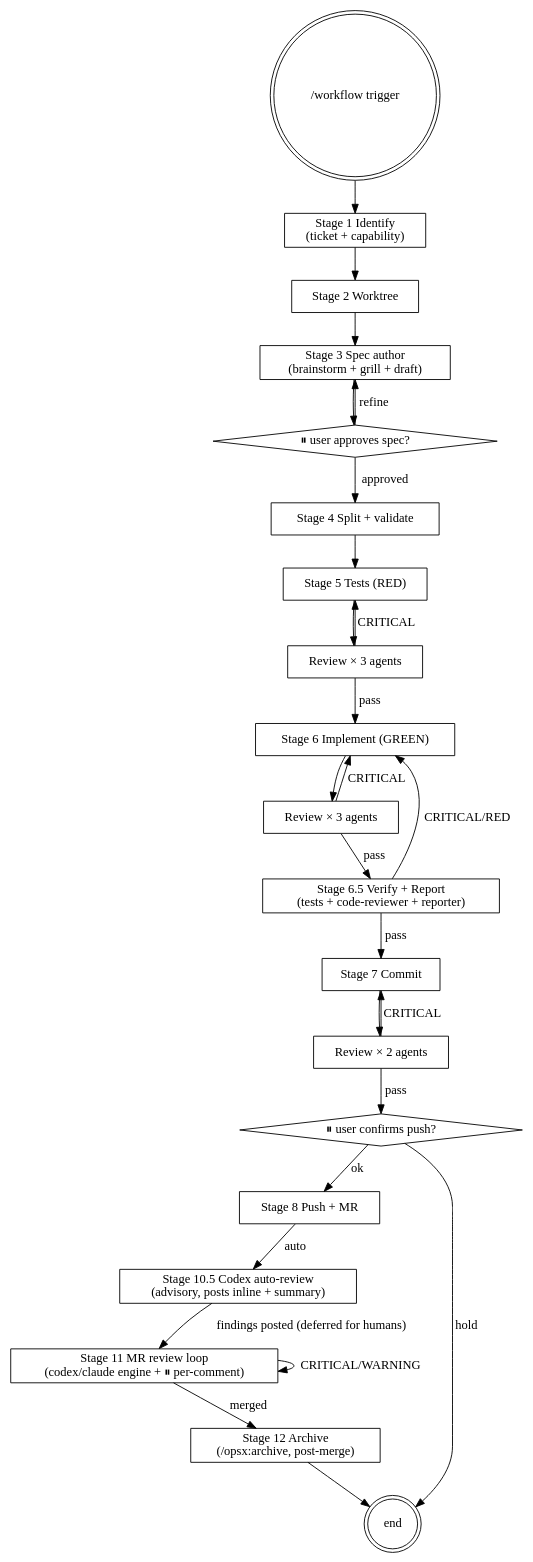
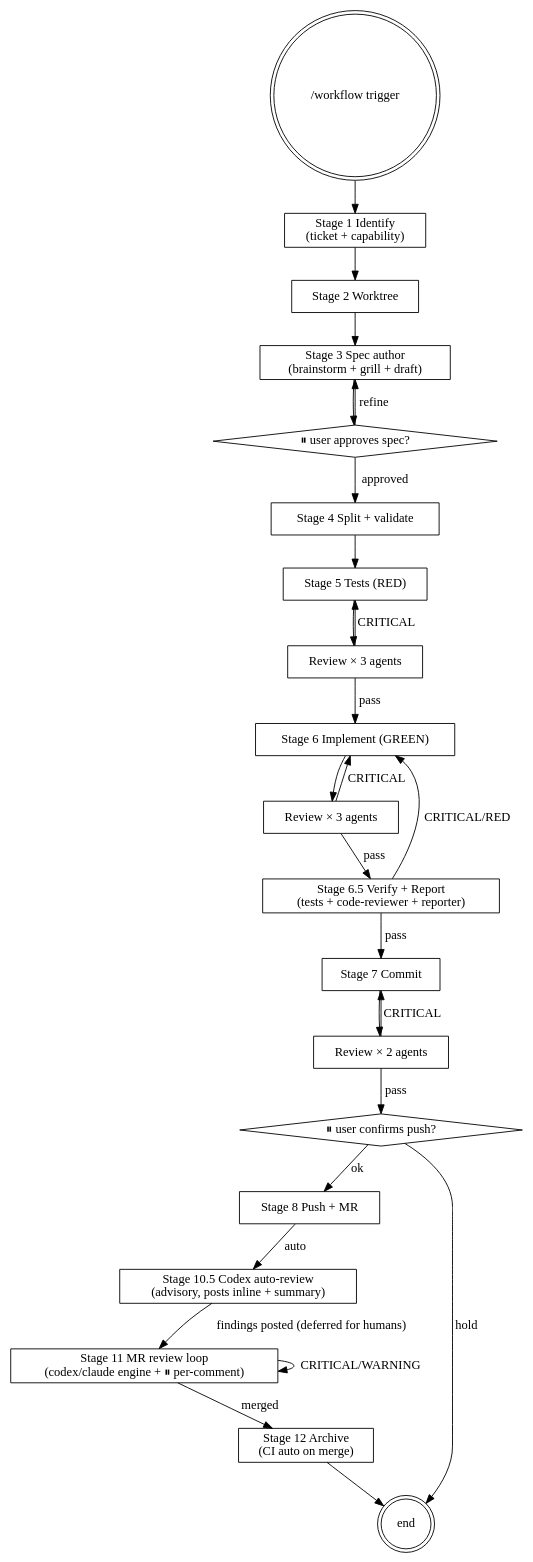
One commit to Chiao75543/claude-workflow changed the diagram in skills/workflow-orchestrator/SKILL.md. Above: the diagram before and after it, drawn with Graphviz. The commit also changed other lines of this file and 4 other files, not shown here.

First line of the commit message:
feat(workflow): CI auto-archive on PR merge (Stage 12)

````diff
--- a/skills/workflow-orchestrator/SKILL.md
+++ b/skills/workflow-orchestrator/SKILL.md
@@ -40,45 +40,45 @@
 ```dot
 digraph workflow {
   start [shape=doublecircle, label="/workflow trigger"];
   ident [shape=box, label="Stage 1 Identify\n(ticket + capability)"];
   wt [shape=box, label="Stage 2 Worktree"];
   spec [shape=box, label="Stage 3 Spec author\n(brainstorm + grill + draft)"];
   user1 [shape=diamond, label="⏸ user approves spec?"];
   split [shape=box, label="Stage 4 Split + validate"];
   tests [shape=box, label="Stage 5 Tests (RED)"];
   rev_t [shape=box, label="Review × 3 agents"];
   impl [shape=box, label="Stage 6 Implement (GREEN)"];
   rev_i [shape=box, label="Review × 3 agents"];
   verify_report [shape=box, label="Stage 6.5 Verify + Report\n(tests + code-reviewer + reporter)"];
   commit [shape=box, label="Stage 7 Commit"];
   rev_c [shape=box, label="Review × 2 agents"];
   user2 [shape=diamond, label="⏸ user confirms push?"];
   push [shape=box, label="Stage 8 Push + MR"];
   done [shape=doublecircle, label="end"];
 
   start -> ident -> wt -> spec -> user1;
   user1 -> spec [label="refine"];
   user1 -> split [label="approved"];
   split -> tests -> rev_t;
   rev_t -> tests [label="CRITICAL"];
   rev_t -> impl [label="pass"];
   impl -> rev_i;
   rev_i -> impl [label="CRITICAL"];
   rev_i -> verify_report [label="pass"];
   verify_report -> impl [label="CRITICAL/RED"];
   verify_report -> commit [label="pass"];
   commit -> rev_c;
   rev_c -> commit [label="CRITICAL"];
   rev_c -> user2 [label="pass"];
   codex_rev [shape=box, label="Stage 10.5 Codex auto-review\n(advisory, posts inline + summary)"];
   mr_loop [shape=box, label="Stage 11 MR review loop\n(codex/claude engine + ⏸ per-comment)"];
-  archive [shape=box, label="Stage 12 Archive\n(/opsx:archive, post-merge)"];
+  archive [shape=box, label="Stage 12 Archive\n(CI auto on merge)"];
   user2 -> push [label="ok"];
   user2 -> done [label="hold"];
   push -> codex_rev [label="auto"];
   codex_rev -> mr_loop [label="findings posted (deferred for humans)"];
   mr_loop -> mr_loop [label="CRITICAL/WARNING"];
   mr_loop -> archive [label="merged"];
   archive -> done;
 }
 ```
````
